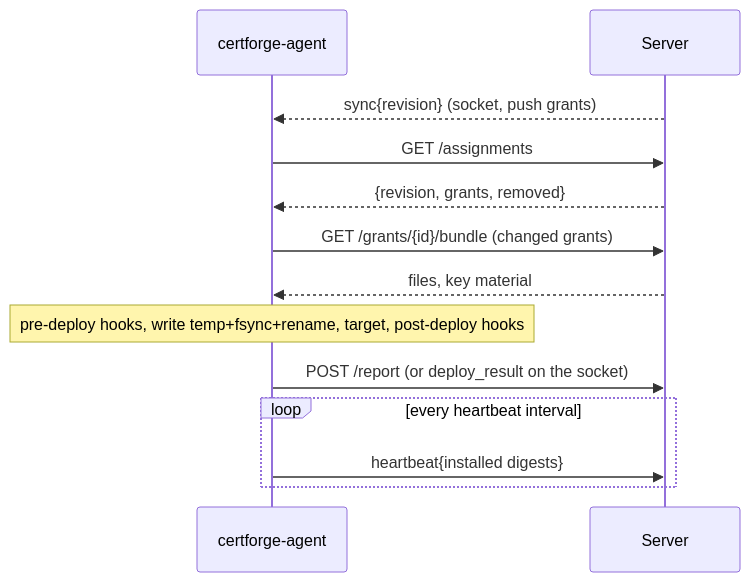
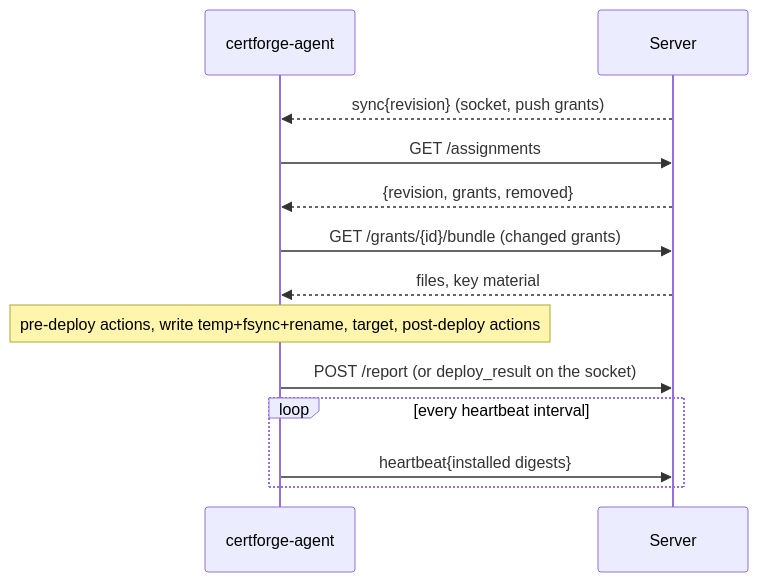
Before and after one commit to metril/certforge: the tenth of 12 diagrams in docs/internals/architecture.md, drawn with Mermaid. The commit also changed other lines of this file and 12 other files, not shown here.

````diff
--- a/docs/internals/architecture.md
+++ b/docs/internals/architecture.md
@@ -292,15 +292,15 @@
 ```mermaid
 sequenceDiagram
   participant A as certforge-agent
   participant S as Server
   S-->>A: sync{revision} (socket, push grants)
   A->>S: GET /assignments
   S-->>A: {revision, grants, removed}
   A->>S: GET /grants/{id}/bundle (changed grants)
   S-->>A: files, key material
-  Note over A: pre-deploy hooks, write temp+fsync+rename, target, post-deploy hooks
+  Note over A: pre-deploy actions, write temp+fsync+rename, target, post-deploy actions
   A->>S: POST /report (or deploy_result on the socket)
   loop every heartbeat interval
     A->>S: heartbeat{installed digests}
   end
 ```
````
